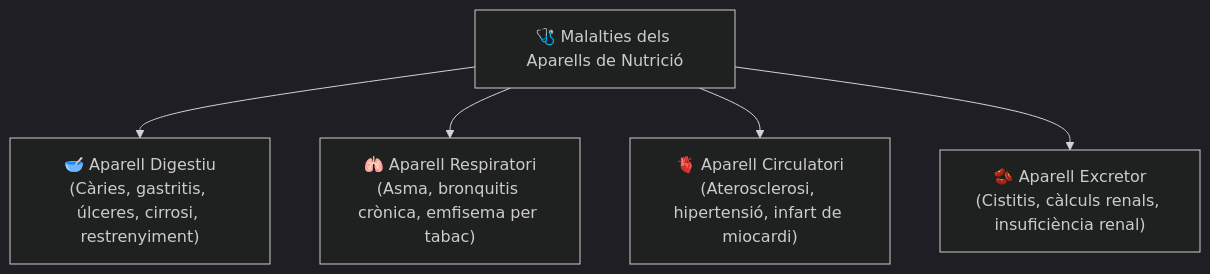
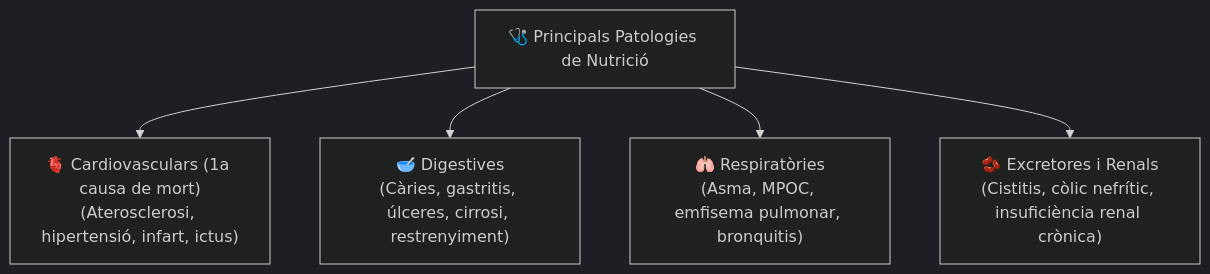
The first of 2 diagrams in biblioteca-cicles/01_FP_Basica/1fpb-ciencies-aplicades/ut02/ut0208.md (socderafel/socderafel.github.io), drawn with Mermaid (dark theme) before and after one commit. The commit also changed other lines of this file and 8 other files, not shown here.

````diff
--- a/biblioteca-cicles/01_FP_Basica/1fpb-ciencies-aplicades/ut02/ut0208.md
+++ b/biblioteca-cicles/01_FP_Basica/1fpb-ciencies-aplicades/ut02/ut0208.md
@@ -30,12 +32,12 @@
 ```mermaid
 flowchart TD
-  M["🩺 Malalties dels Aparells de Nutrició"]
-  M --> D["🥣 Aparell Digestiu
+  M["🩺 Principals Patologies de Nutrició"]
+  M --> C["🫀 Cardiovasculars (1a causa de mort)
+(Aterosclerosi, hipertensió, infart, ictus)"]
+  M --> D["🥣 Digestives
 (Càries, gastritis, úlceres, cirrosi, restrenyiment)"]
-  M --> R["🫁 Aparell Respiratori
-(Asma, bronquitis crònica, emfisema per tabac)"]
-  M --> C["🫀 Aparell Circulatori
-(Aterosclerosi, hipertensió, infart de miocardi)"]
-  M --> E["🫘 Aparell Excretor
-(Cistitis, càlculs renals, insuficiència renal)"]
+  M --> R["🫁 Respiratòries
+(Asma, MPOC, emfisema pulmonar, bronquitis)"]
+  M --> E["🫘 Excretores i Renals
+(Cistitis, còlic nefrític, insuficiència renal crònica)"]
 ```
````
